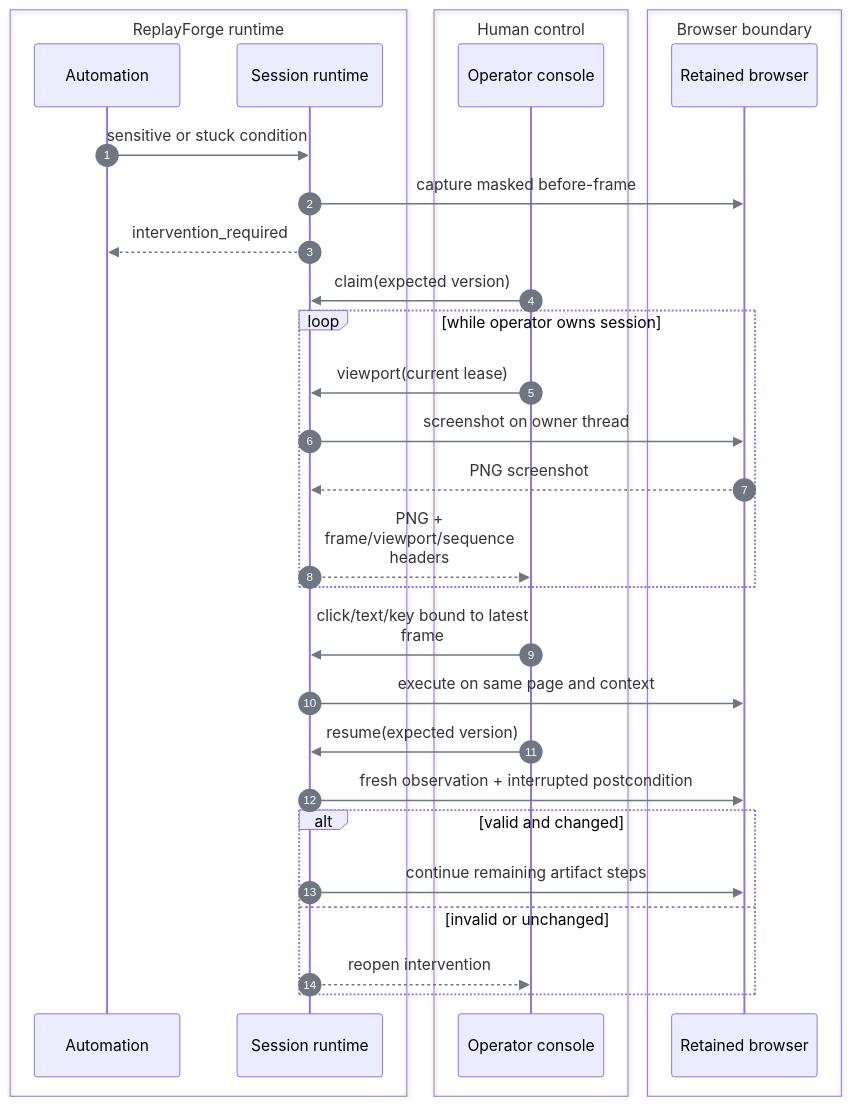
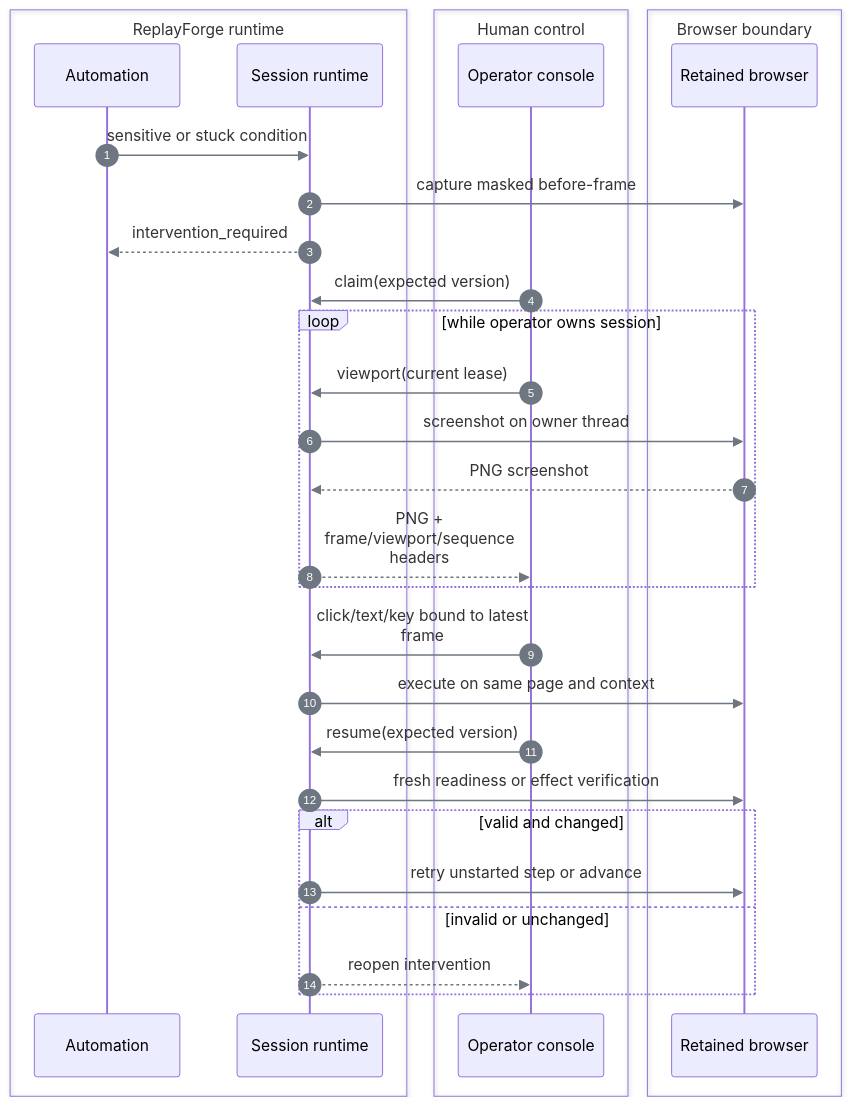
The third of 3 diagrams in docs/safety-and-handoff.md (SivaTSS/replay-forge), drawn with Mermaid before and after one commit. The commit also changed other lines of this file and 21 other files, not shown here.

````diff
--- a/docs/safety-and-handoff.md
+++ b/docs/safety-and-handoff.md
@@ -95,34 +95,34 @@
 ```mermaid
 %%{init: {"htmlLabels":false,"themeVariables":{"lineColor":"#6E7781","signalColor":"#6E7781"},"flowchart":{"curve":"linear"},"sequence":{"wrap":true}}}%%
 sequenceDiagram
     autonumber
     box ReplayForge runtime
         participant A as Automation
         participant R as Session runtime
     end
     box Human control
         participant O as Operator console
     end
     box Browser boundary
         participant B as Retained browser
     end
     A->>R: sensitive or stuck condition
     R->>B: capture masked before-frame
     R-->>A: intervention_required
     O->>R: claim(expected version)
     loop while operator owns session
         O->>R: viewport(current lease)
         R->>B: screenshot on owner thread
         B-->>R: PNG screenshot
         R-->>O: PNG + frame/viewport/sequence headers
     end
     O->>R: click/text/key bound to latest frame
     R->>B: execute on same page and context
     O->>R: resume(expected version)
-    R->>B: fresh observation + interrupted postcondition
+    R->>B: fresh readiness or effect verification
     alt valid and changed
-        R->>B: continue remaining artifact steps
+        R->>B: retry unstarted step or advance
     else invalid or unchanged
         R-->>O: reopen intervention
     end
 ```
````
